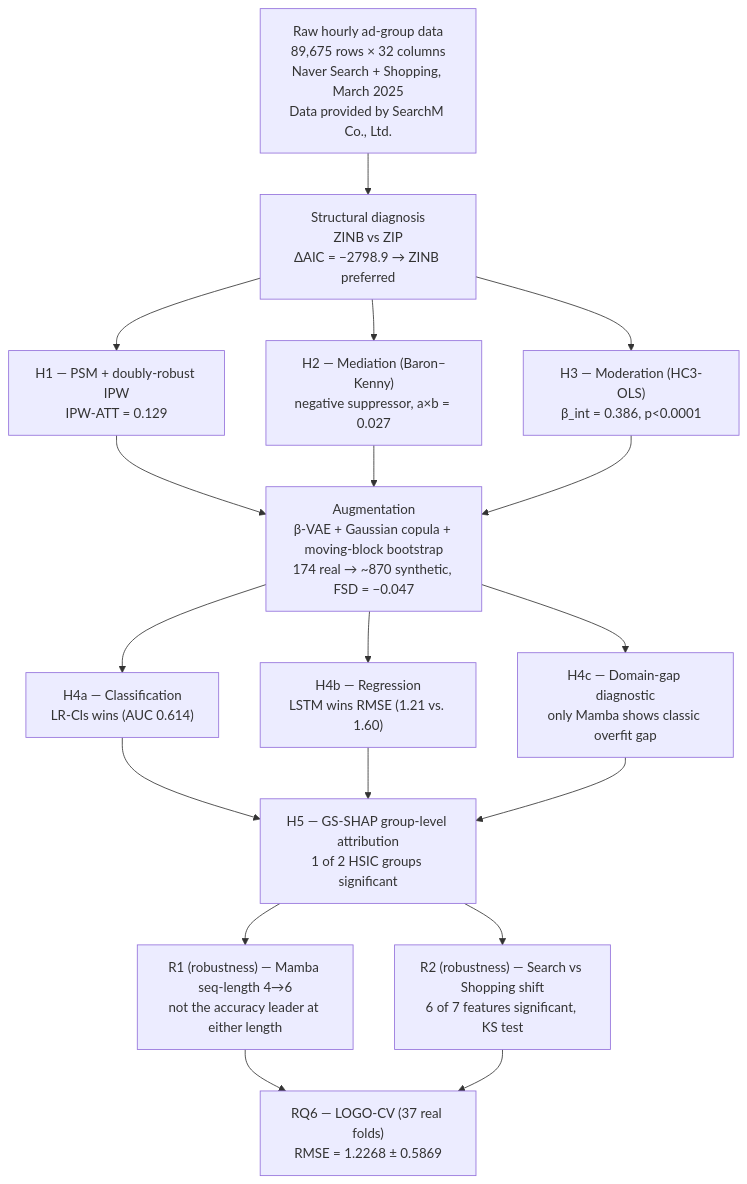
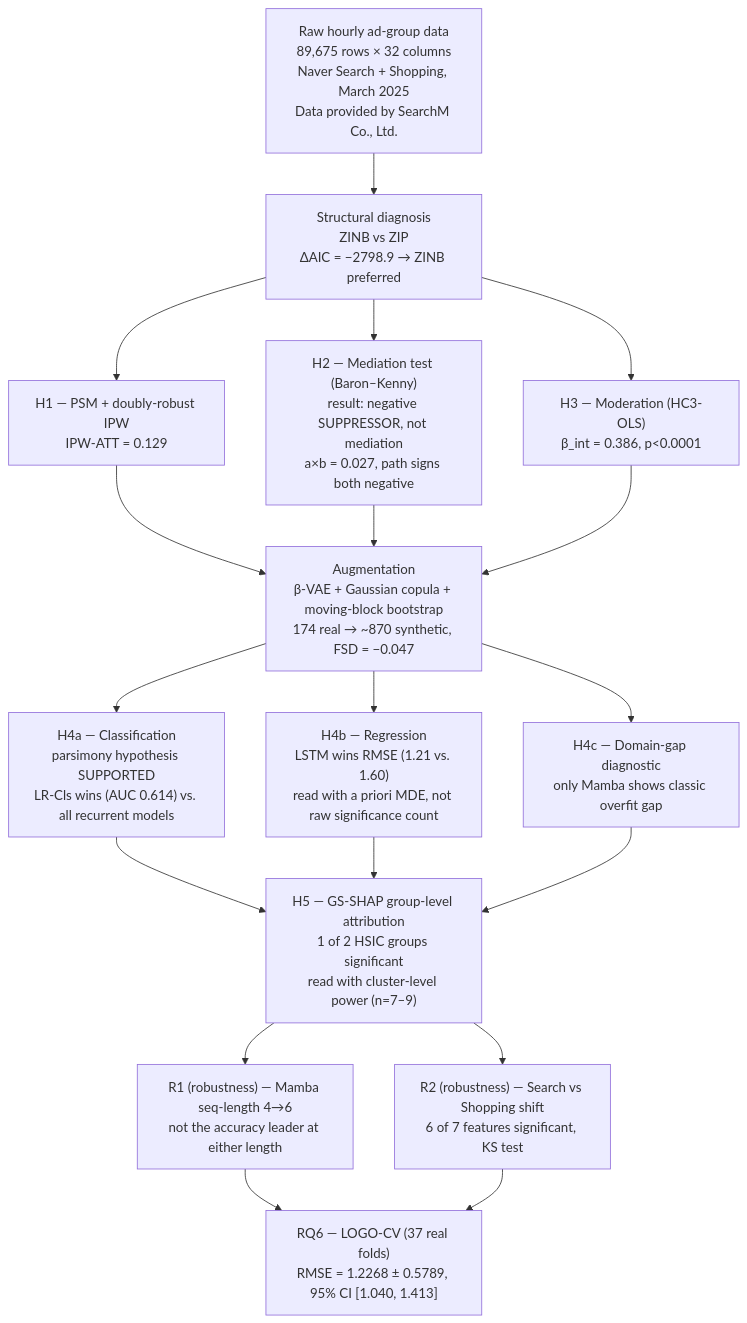
Before and after one commit to LEEYJ1021/sadaf: the diagram in README.md, drawn with Mermaid. The commit also changed other lines of this file, not shown here.

````diff
--- a/README.md
+++ b/README.md
@@ -131,20 +120,20 @@
 ```mermaid
 flowchart TD
     A["Raw hourly ad-group data\n89,675 rows × 32 columns\nNaver Search + Shopping, March 2025\nData provided by SearchM Co., Ltd."] --> B["Structural diagnosis\nZINB vs ZIP\nΔAIC = −2798.9 → ZINB preferred"]
     B --> C1["H1 — PSM + doubly-robust IPW\nIPW-ATT = 0.129"]
-    B --> C2["H2 — Mediation (Baron–Kenny)\nnegative suppressor, a×b = 0.027"]
+    B --> C2["H2 — Mediation test (Baron–Kenny)\nresult: negative SUPPRESSOR, not mediation\na×b = 0.027, path signs both negative"]
     B --> C3["H3 — Moderation (HC3-OLS)\nβ_int = 0.386, p<0.0001"]
     C1 --> D["Augmentation\nβ-VAE + Gaussian copula + moving-block bootstrap\n174 real → ~870 synthetic, FSD = −0.047"]
     C2 --> D
     C3 --> D
-    D --> E1["H4a — Classification\nLR-Cls wins (AUC 0.614)"]
-    D --> E2["H4b — Regression\nLSTM wins RMSE (1.21 vs. 1.60)"]
+    D --> E1["H4a — Classification\nparsimony hypothesis SUPPORTED\nLR-Cls wins (AUC 0.614) vs. all recurrent models"]
+    D --> E2["H4b — Regression\nLSTM wins RMSE (1.21 vs. 1.60)\nread with a priori MDE, not raw significance count"]
     D --> E3["H4c — Domain-gap diagnostic\nonly Mamba shows classic overfit gap"]
-    E1 --> F["H5 — GS-SHAP group-level attribution\n1 of 2 HSIC groups significant"]
+    E1 --> F["H5 — GS-SHAP group-level attribution\n1 of 2 HSIC groups significant\nread with cluster-level power (n=7–9)"]
     E2 --> F
     E3 --> F
     F --> R1["R1 (robustness) — Mamba seq-length 4→6\nnot the accuracy leader at either length"]
     F --> R2["R2 (robustness) — Search vs Shopping shift\n6 of 7 features significant, KS test"]
-    R1 --> H["RQ6 — LOGO-CV (37 real folds)\nRMSE = 1.2268 ± 0.5869"]
+    R1 --> H["RQ6 — LOGO-CV (37 real folds)\nRMSE = 1.2268 ± 0.5789, 95% CI [1.040, 1.413]"]
     R2 --> H
 ```
````
